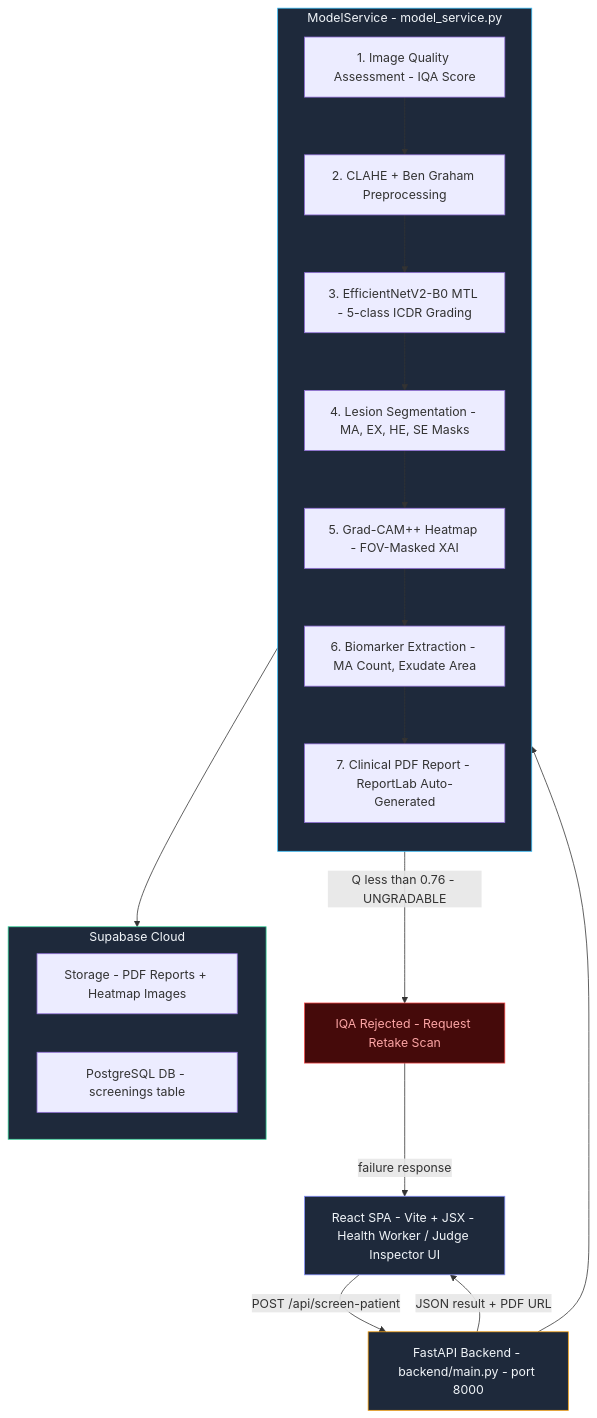
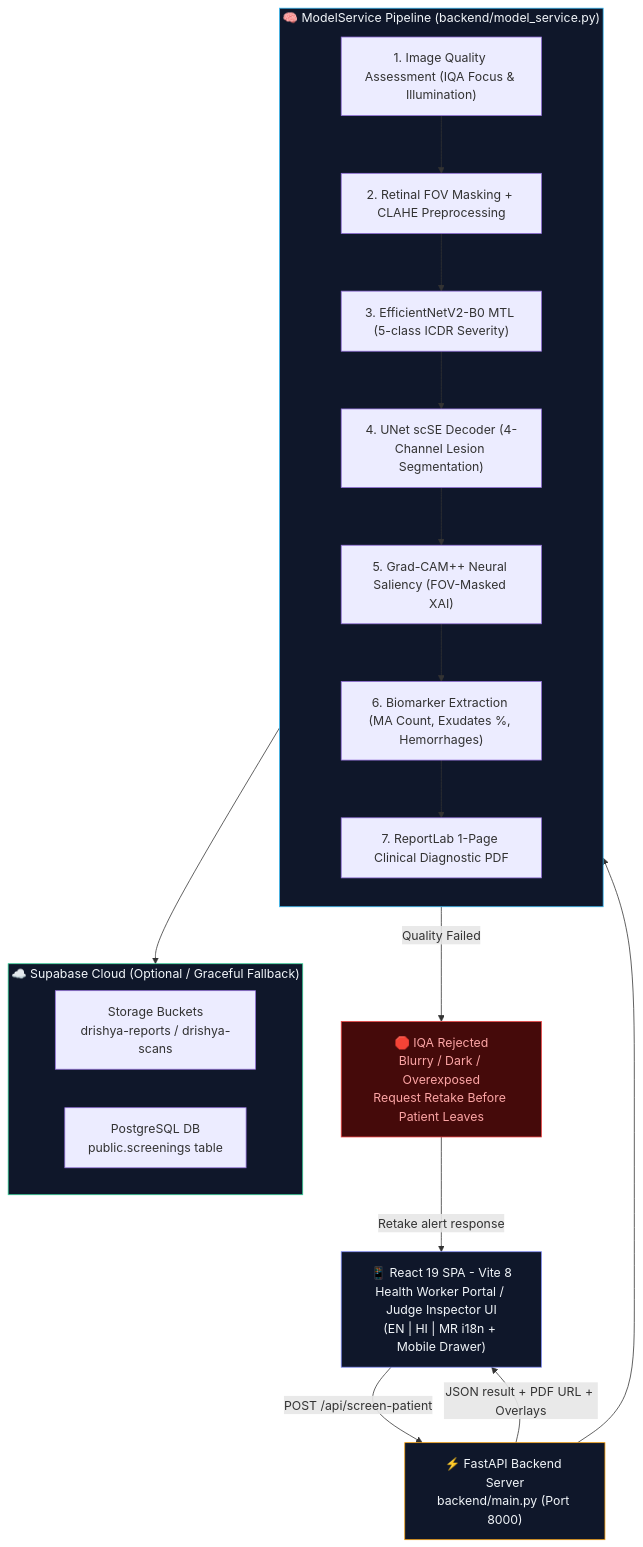
Before and after one commit to amanvaibhav162/drishya: the diagram in README.md, drawn with Mermaid. The commit also changed other lines of this file, not shown here.

````diff
--- a/README.md
+++ b/README.md
@@ -60,38 +84,38 @@
 ```mermaid
 flowchart TD
-    A["React SPA - Vite + JSX - Health Worker / Judge Inspector UI"]
-    B["FastAPI Backend - backend/main.py - port 8000"]
+    A["📱 React 19 SPA - Vite 8<br/>Health Worker Portal / Judge Inspector UI<br/>(EN | HI | MR i18n + Mobile Drawer)"]
+    B["⚡ FastAPI Backend Server<br/>backend/main.py (Port 8000)"]
 
-    subgraph MS["ModelService - model_service.py"]
+    subgraph MS["🧠 ModelService Pipeline (backend/model_service.py)"]
         direction TB
-        MS1["1. Image Quality Assessment - IQA Score"]
-        MS2["2. CLAHE + Ben Graham Preprocessing"]
-        MS3["3. EfficientNetV2-B0 MTL - 5-class ICDR Grading"]
-        MS4["4. Lesion Segmentation - MA, EX, HE, SE Masks"]
-        MS5["5. Grad-CAM++ Heatmap - FOV-Masked XAI"]
-        MS6["6. Biomarker Extraction - MA Count, Exudate Area"]
-        MS7["7. Clinical PDF Report - ReportLab Auto-Generated"]
+        MS1["1. Image Quality Assessment (IQA Focus & Illumination)"]
+        MS2["2. Retinal FOV Masking + CLAHE Preprocessing"]
+        MS3["3. EfficientNetV2-B0 MTL (5-class ICDR Severity)"]
+        MS4["4. UNet scSE Decoder (4-Channel Lesion Segmentation)"]
+        MS5["5. Grad-CAM++ Neural Saliency (FOV-Masked XAI)"]
+        MS6["6. Biomarker Extraction (MA Count, Exudates %, Hemorrhages)"]
+        MS7["7. ReportLab 1-Page Clinical Diagnostic PDF"]
         MS1 --> MS2 --> MS3 --> MS4 --> MS5 --> MS6 --> MS7
     end
 
-    subgraph SB["Supabase Cloud"]
+    subgraph SB["☁️ Supabase Cloud (Optional / Graceful Fallback)"]
         direction LR
-        SB1["Storage - PDF Reports + Heatmap Images"]
-        SB2["PostgreSQL DB - screenings table"]
+        SB1["Storage Buckets<br/>drishya-reports / drishya-scans"]
+        SB2["PostgreSQL DB<br/>public.screenings table"]
     end
 
-    REJECT["IQA Rejected - Request Retake Scan"]
+    REJECT["🛑 IQA Rejected<br/>Blurry / Dark / Overexposed<br/>Request Retake Before Patient Leaves"]
 
     A -- "POST /api/screen-patient" --> B
     B --> MS
-    MS1 -- "Q less than 0.76 - UNGRADABLE" --> REJECT
-    REJECT -- "failure response" --> A
+    MS1 -- "Quality Failed" --> REJECT
+    REJECT -- "Retake alert response" --> A
     MS --> SB
-    B -- "JSON result + PDF URL" --> A
+    B -- "JSON result + PDF URL + Overlays" --> A
 
-    style MS fill:#1e293b,stroke:#38bdf8,color:#f1f5f9
-    style SB fill:#1e293b,stroke:#34d399,color:#f1f5f9
+    style MS fill:#0f172a,stroke:#38bdf8,color:#f1f5f9
+    style SB fill:#0f172a,stroke:#34d399,color:#f1f5f9
     style REJECT fill:#450a0a,stroke:#ef4444,color:#fca5a5
-    style A fill:#1e293b,stroke:#818cf8,color:#f1f5f9
-    style B fill:#1e293b,stroke:#f59e0b,color:#f1f5f9
+    style A fill:#0f172a,stroke:#818cf8,color:#f1f5f9
+    style B fill:#0f172a,stroke:#f59e0b,color:#f1f5f9
 ```
````
